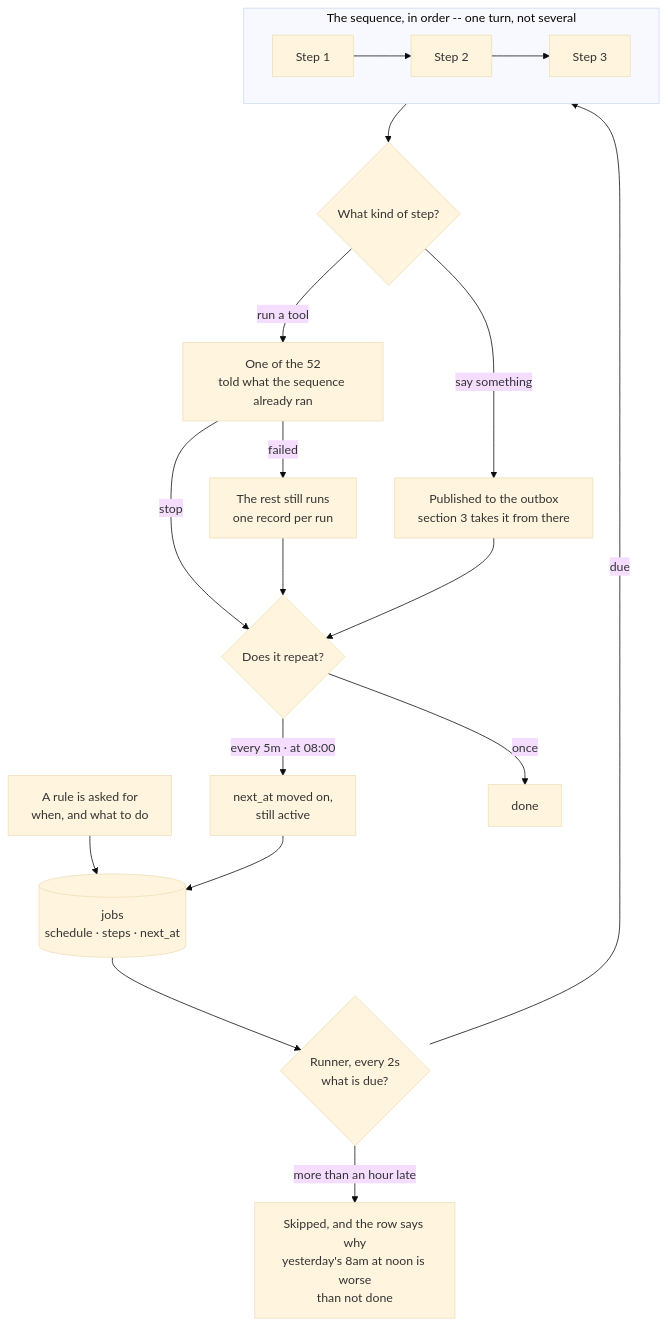
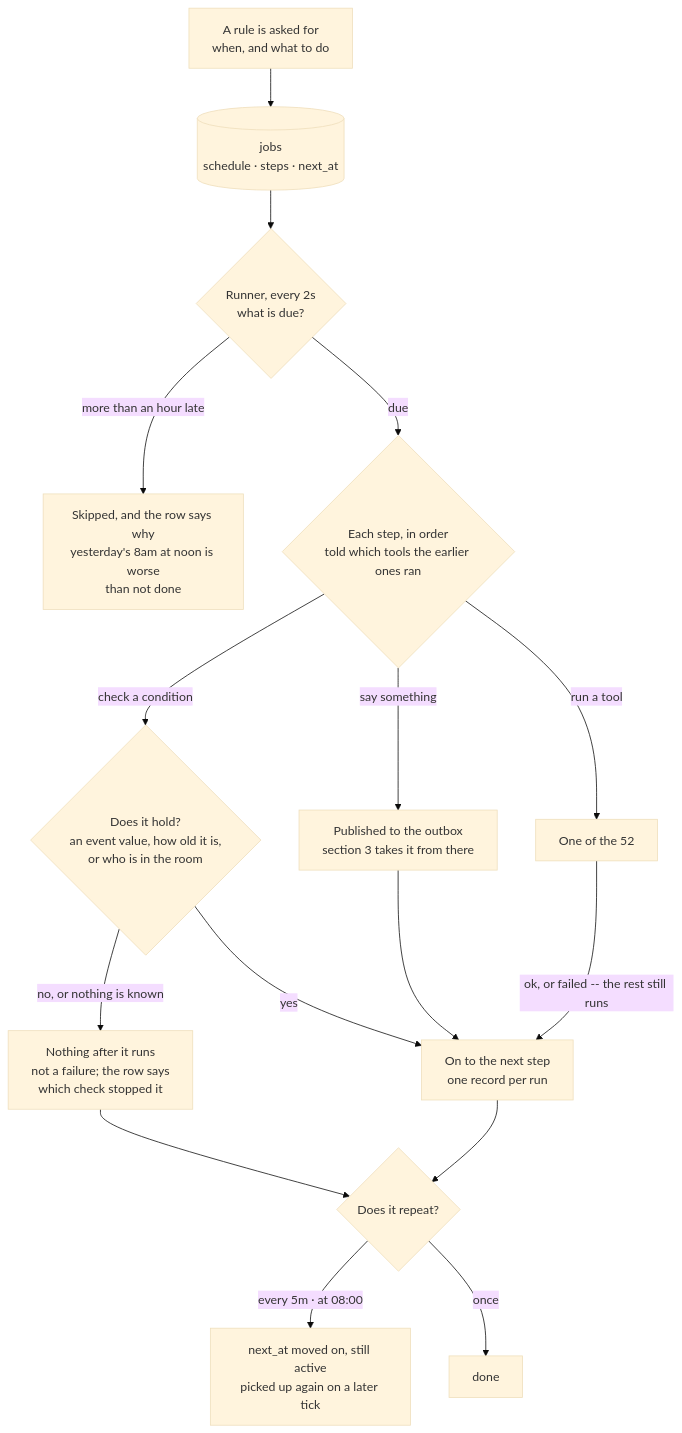
One commit to DhanushRamesh/personal-assistant changed the fifth of 5 diagrams in FEATURES.md. Above: the diagram before and after it, drawn with Mermaid (base theme). The commit also changed other lines of this file and 9 other files, not shown here.

First line of the commit message:
Let a step check a condition before the rest runs

````diff
--- a/FEATURES.md
+++ b/FEATURES.md
@@ -245,26 +245,24 @@
 ```mermaid
 flowchart TB
     ASK["A rule is asked for<br/>when, and what to do"] --> ROW[("jobs<br/>schedule · steps · next_at")]
-
     ROW --> TICK{"Runner, every 2s<br/>what is due?"}
     TICK -- "more than an hour late" --> SKIP["Skipped, and the row says why<br/>yesterday's 8am at noon is worse<br/>than not done"]
-    TICK -- "due" --> SEQ
+    TICK -- "due" --> WHAT
 
-    subgraph SEQ["The sequence, in order -- one turn, not several"]
-        direction LR
-        S1["Step 1"] --> S2["Step 2"] --> S3["Step 3"]
-    end
+    WHAT{"Each step, in order<br/>told which tools the earlier ones ran"}
+    WHAT -- "check a condition" --> GATE{"Does it hold?<br/>an event value, how old it is,<br/>or who is in the room"}
+    WHAT -- "say something" --> OUT["Published to the outbox<br/>section 3 takes it from there"]
+    WHAT -- "run a tool" --> TOOL["One of the 52"]
 
-    SEQ --> WHAT{"What kind of step?"}
-    WHAT -- "say something" --> OUT["Published to the outbox<br/>section 3 takes it from there"]
-    WHAT -- "run a tool" --> TOOL["One of the 52<br/>told what the sequence already ran"]
+    GATE -- "no, or nothing is known" --> STOP["Nothing after it runs<br/>not a failure; the row says<br/>which check stopped it"]
+    GATE -- "yes" --> ON
+    OUT --> ON
+    TOOL -- "ok, or failed -- the rest still runs" --> ON
 
-    TOOL -- "stop" --> END
-    TOOL -- "failed" --> ON["The rest still runs<br/>one record per run"]
-    ON --> END
-    OUT --> END
+    ON["On to the next step<br/>one record per run"] --> END
+    STOP --> END
 
-    END{"Does it repeat?"} -- "every 5m · at 08:00" --> AGAIN["next_at moved on,<br/>still active"]
+    END{"Does it repeat?"}
+    END -- "every 5m · at 08:00" --> AGAIN["next_at moved on, still active<br/>picked up again on a later tick"]
     END -- "once" --> DONE["done"]
-    AGAIN --> ROW
 ```
````
